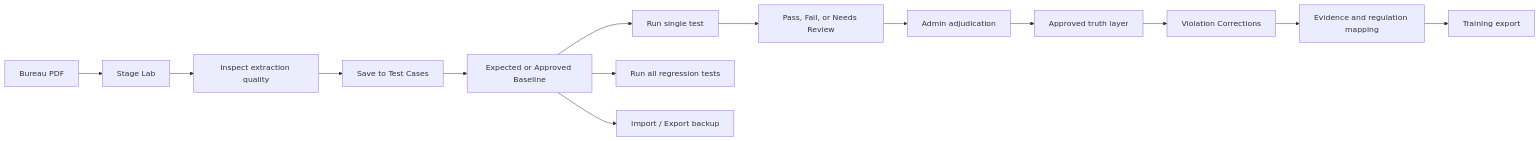
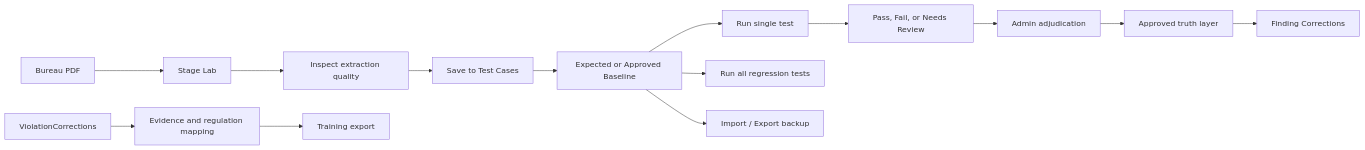
Before and after one commit to dpwebb/creditregulatorpro-prod: the first of 7 diagrams in docs/admin-parser-testing-environment-operations-manual.md, drawn with Mermaid. The commit also changed other lines of this file and 28 other files, not shown here.

````diff
--- a/docs/admin-parser-testing-environment-operations-manual.md
+++ b/docs/admin-parser-testing-environment-operations-manual.md
@@ -18,16 +18,16 @@
 ```mermaid
 flowchart LR
   PDF["Bureau PDF"] --> Stage["Stage Lab"]
   Stage --> Inspect["Inspect extraction quality"]
   Inspect --> SaveCase["Save to Test Cases"]
   SaveCase --> Baseline["Expected or Approved Baseline"]
   Baseline --> SingleRun["Run single test"]
   Baseline --> RunAll["Run all regression tests"]
   SingleRun --> Result["Pass, Fail, or Needs Review"]
   Result --> Adjudicate["Admin adjudication"]
   Adjudicate --> Truth["Approved truth layer"]
-  Truth --> ViolationCorrections["Violation Corrections"]
+  Truth --> FindingCorrections["Finding Corrections"]
   ViolationCorrections --> Evidence["Evidence and regulation mapping"]
   Evidence --> Training["Training export"]
   Baseline --> Backup["Import / Export backup"]
 ```
````
